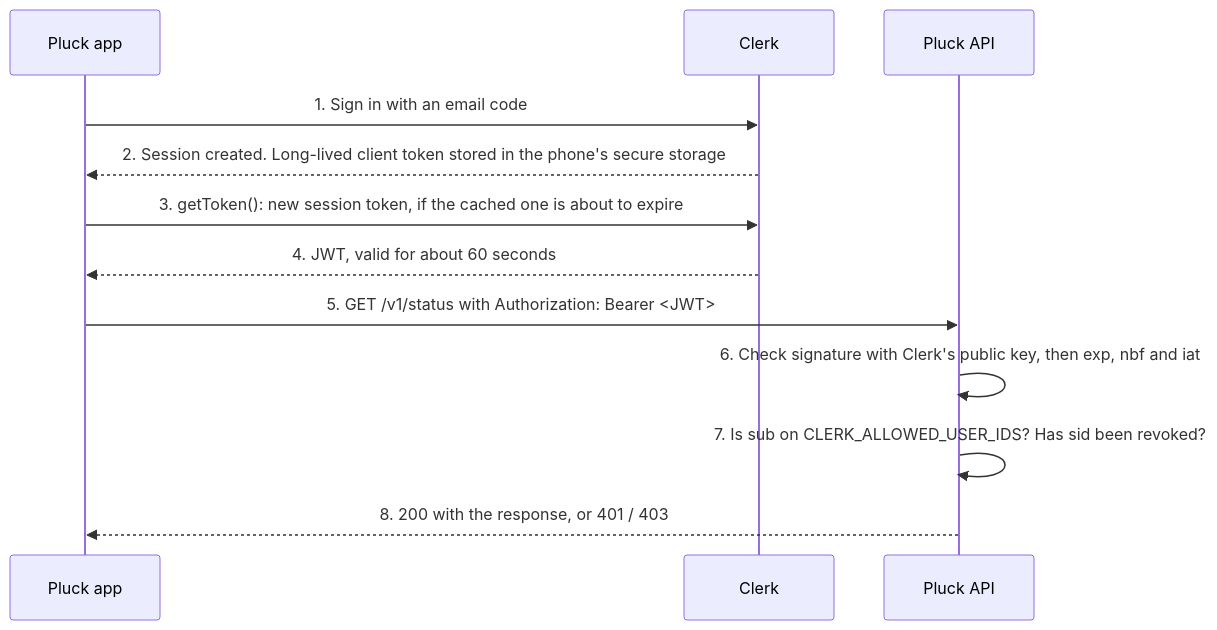
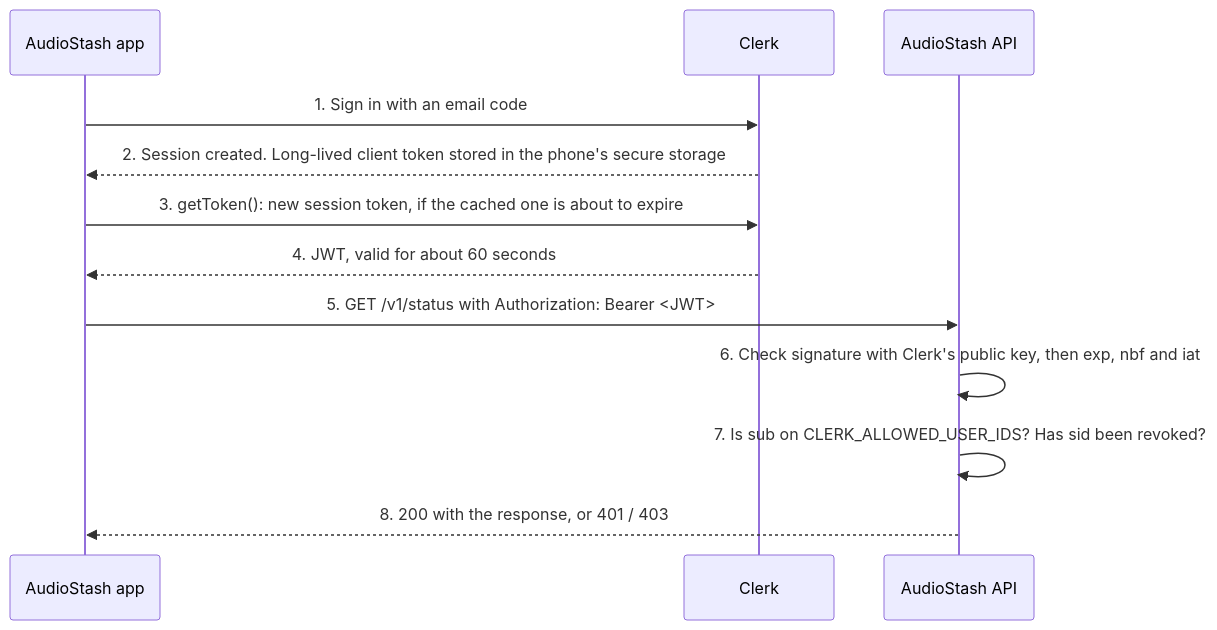
The diagram in docs/learning/auth.md (MichaelChung888/AudioStash), drawn with Mermaid before and after one commit. The commit also changed other lines of this file and 133 other files, not shown here.

Commit message:
fix: renamed to project to AudioStash

````diff
--- a/docs/learning/auth.md
+++ b/docs/learning/auth.md
@@ -41,15 +41,15 @@
 ```mermaid
 sequenceDiagram
-    participant Phone as Pluck app
+    participant Phone as AudioStash app
     participant Clerk
-    participant API as Pluck API
+    participant API as AudioStash API
 
     Phone->>Clerk: 1. Sign in with an email code
     Clerk-->>Phone: 2. Session created. Long-lived client token stored in the phone's secure storage
     Phone->>Clerk: 3. getToken(): new session token, if the cached one is about to expire
     Clerk-->>Phone: 4. JWT, valid for about 60 seconds
     Phone->>API: 5. GET /v1/status with Authorization: Bearer <JWT>
     API->>API: 6. Check signature with Clerk's public key, then exp, nbf and iat
     API->>API: 7. Is sub on CLERK_ALLOWED_USER_IDS? Has sid been revoked?
     API-->>Phone: 8. 200 with the response, or 401 / 403
 ```
````
